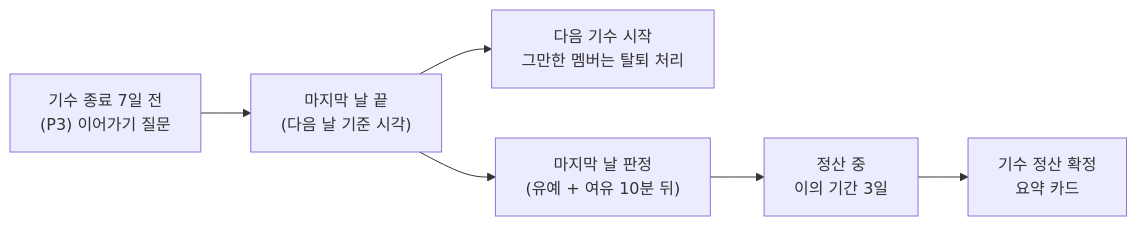
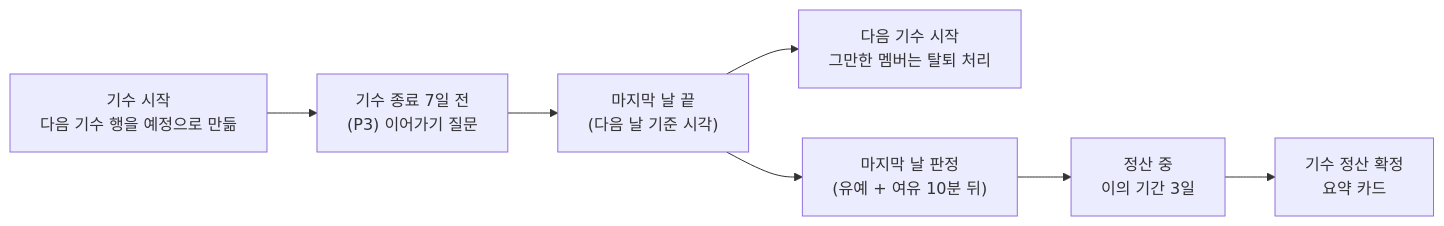
Before and after one commit to Duskafka/codingtest-harness: the diagram in docs/spec/processes/5.13-season.md, drawn with Mermaid. The commit also changed other lines of this file and 7 other files, not shown here.

````diff
--- a/docs/spec/processes/5.13-season.md
+++ b/docs/spec/processes/5.13-season.md
@@ -5,8 +5,9 @@
 ```mermaid
 flowchart LR
-    A["기수 종료 7일 전<br/>(P3) 이어가기 질문"] --> X["마지막 날 끝<br/>(다음 날 기준 시각)"]
+    S["기수 시작<br/>다음 기수 행을 예정으로 만듦"] --> A["기수 종료 7일 전<br/>(P3) 이어가기 질문"]
+    A --> X["마지막 날 끝<br/>(다음 날 기준 시각)"]
     X --> E["다음 기수 시작<br/>그만한 멤버는 탈퇴 처리"]
     X --> B["마지막 날 판정<br/>(유예 + 여유 10분 뒤)"]
     B --> C["정산 중<br/>이의 기간 3일"]
     C --> D["기수 정산 확정<br/>요약 카드"]
 ```
````
